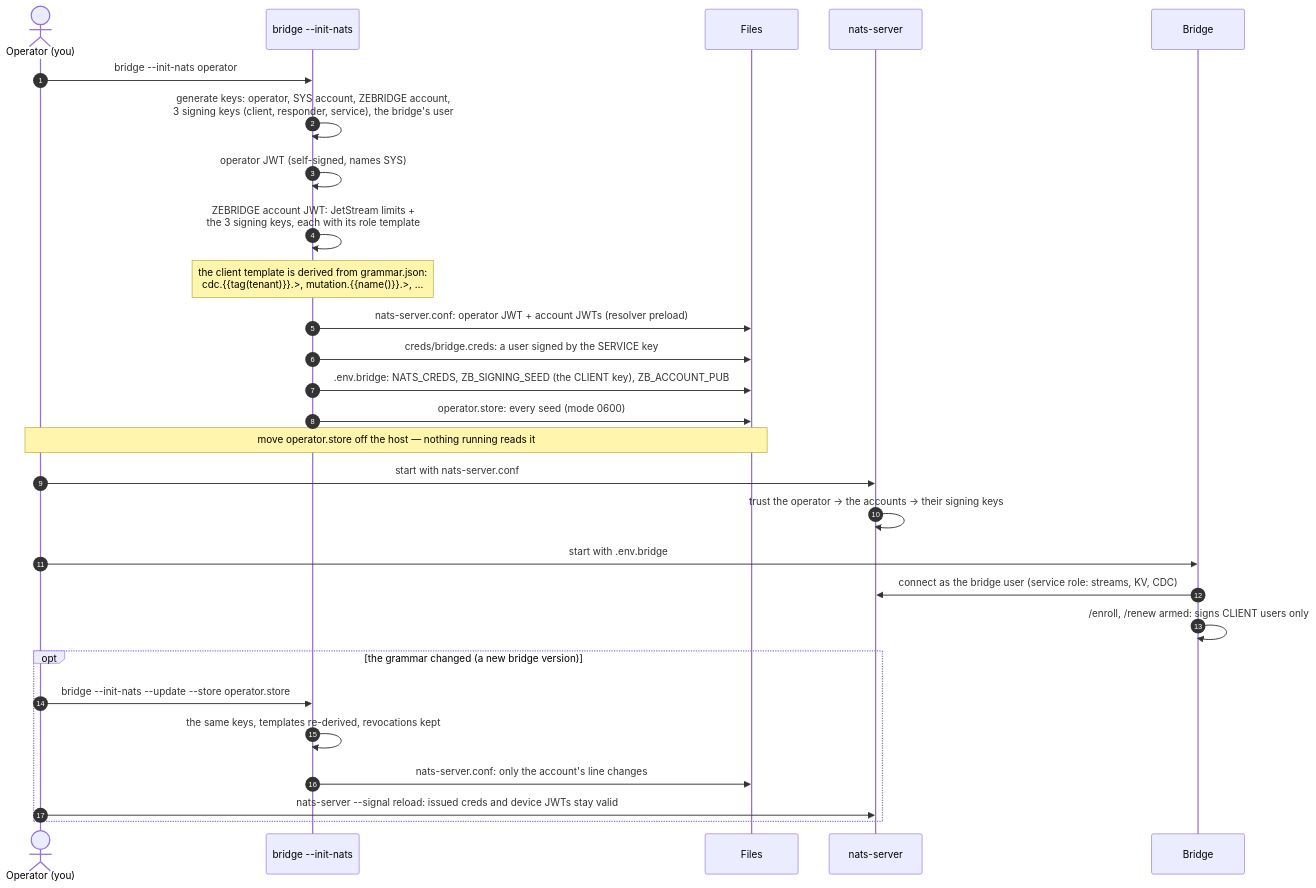
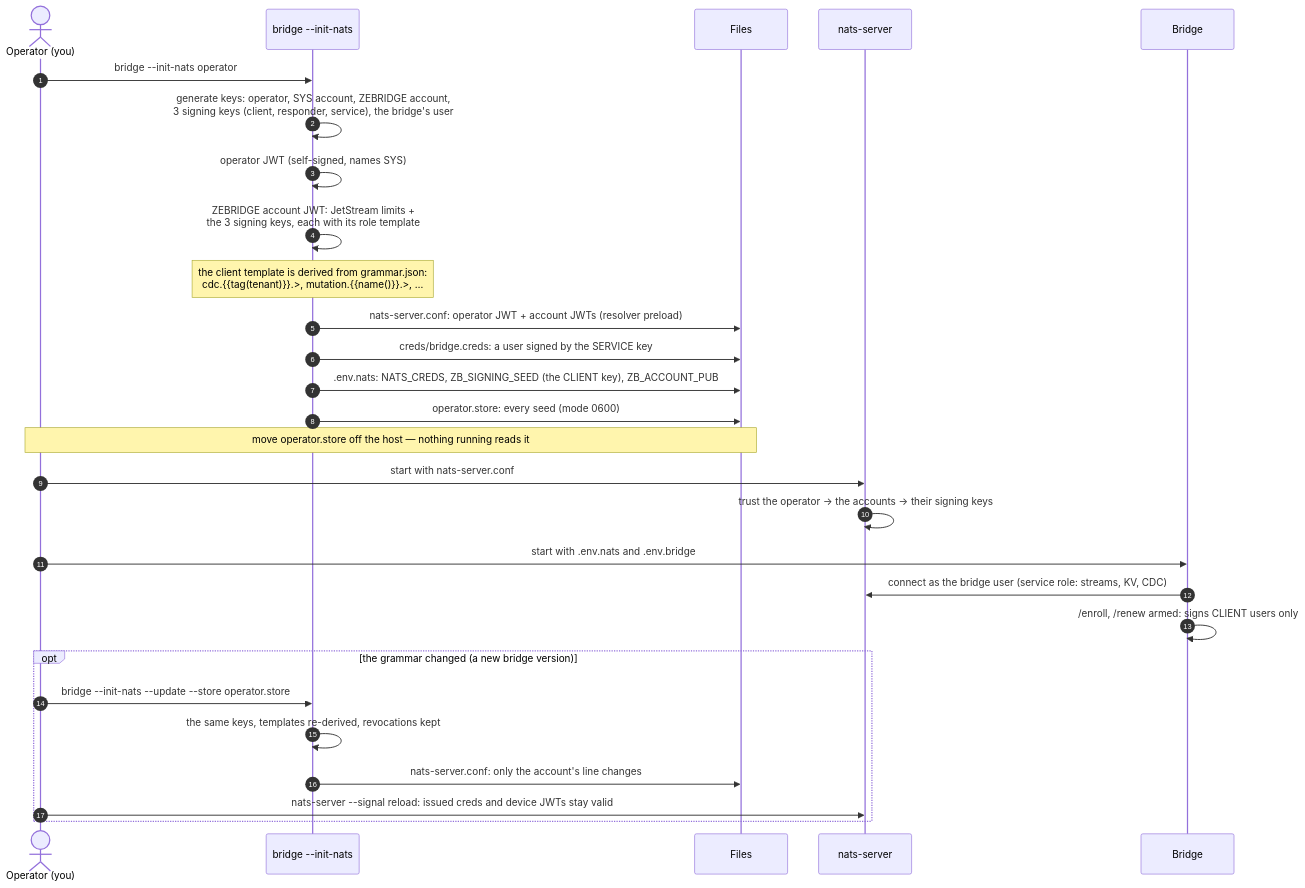
Before and after one commit to ndrean/ZeBridge: the fifth of 7 diagrams in README.md, drawn with Mermaid. The commit also changed other lines of this file and 2 other files, not shown here.

````diff
--- a/README.md
+++ b/README.md
@@ -1862,33 +1881,33 @@
 ```mermaid
 sequenceDiagram
     autonumber
     actor Op as Operator (you)
     participant CLI as bridge --init-nats
     participant F as Files
     participant N as nats-server
     participant B as Bridge
 
     Op->>CLI: bridge --init-nats operator
     CLI->>CLI: generate keys: operator, SYS account, ZEBRIDGE account,<br/>3 signing keys (client, responder, service), the bridge's user
     CLI->>CLI: operator JWT (self-signed, names SYS)
     CLI->>CLI: ZEBRIDGE account JWT: JetStream limits +<br/>the 3 signing keys, each with its role template
     Note over CLI: the client template is derived from grammar.json:<br/>cdc.{{tag(tenant)}}.>, mutation.{{name()}}.>, …
     CLI->>F: nats-server.conf: operator JWT + account JWTs (resolver preload)
     CLI->>F: creds/bridge.creds: a user signed by the SERVICE key
-    CLI->>F: .env.bridge: NATS_CREDS, ZB_SIGNING_SEED (the CLIENT key), ZB_ACCOUNT_PUB
+    CLI->>F: .env.nats: NATS_CREDS, ZB_SIGNING_SEED (the CLIENT key), ZB_ACCOUNT_PUB
     CLI->>F: operator.store: every seed (mode 0600)
     Note over Op,F: move operator.store off the host — nothing running reads it
 
     Op->>N: start with nats-server.conf
     N->>N: trust the operator → the accounts → their signing keys
-    Op->>B: start with .env.bridge
+    Op->>B: start with .env.nats and .env.bridge
     B->>N: connect as the bridge user (service role: streams, KV, CDC)
     B->>B: /enroll, /renew armed: signs CLIENT users only
 
     opt the grammar changed (a new bridge version)
         Op->>CLI: bridge --init-nats --update --store operator.store
         CLI->>CLI: the same keys, templates re-derived, revocations kept
         CLI->>F: nats-server.conf: only the account's line changes
         Op->>N: nats-server --signal reload: issued creds and device JWTs stay valid
     end
 ```
````
